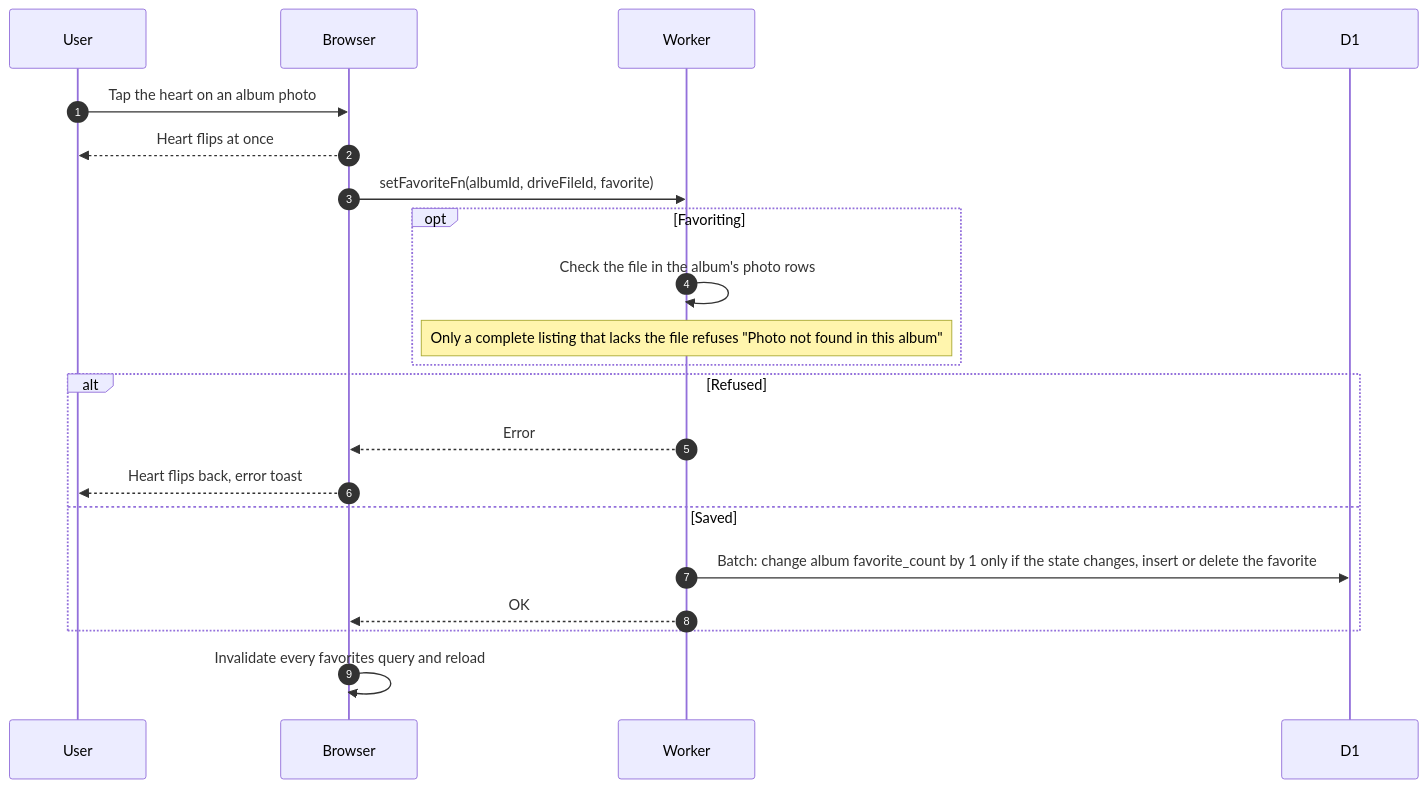
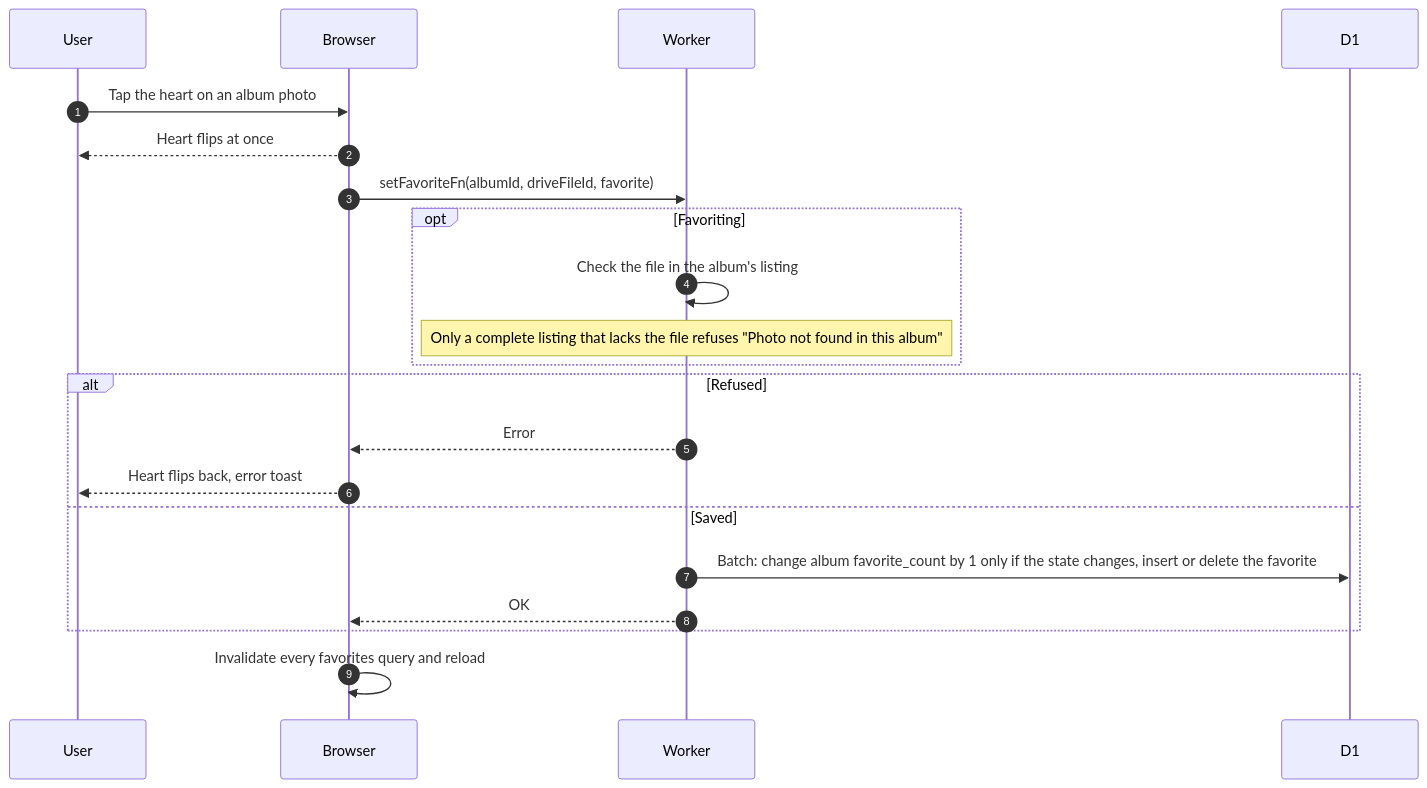
Before and after one commit to sagyzdop/meriksirat: the first of 2 diagrams in docs/scenarios/member/albums/favorites.md, drawn with Mermaid. The commit also changed other lines of this file and 13 other files, not shown here.

Commit message:
docs: document album_listing and move kv scenarios to state

````diff
--- a/docs/scenarios/member/albums/favorites.md
+++ b/docs/scenarios/member/albums/favorites.md
@@ -7,23 +7,23 @@
 ```mermaid
 sequenceDiagram
     autonumber
     participant U as User
     participant B as Browser
     participant W as Worker
     participant D as D1
     U->>B: Tap the heart on an album photo
     B-->>U: Heart flips at once
     B->>W: setFavoriteFn(albumId, driveFileId, favorite)
     opt Favoriting
-        W->>W: Check the file in the album's photo rows
+        W->>W: Check the file in the album's listing
         Note over W: Only a complete listing that lacks the file refuses "Photo not found in this album"
     end
     alt Refused
         W-->>B: Error
         B-->>U: Heart flips back, error toast
     else Saved
         W->>D: Batch: change album favorite_count by 1 only if the state changes, insert or delete the favorite
         W-->>B: OK
     end
     B->>B: Invalidate every favorites query and reload
 ```
````
